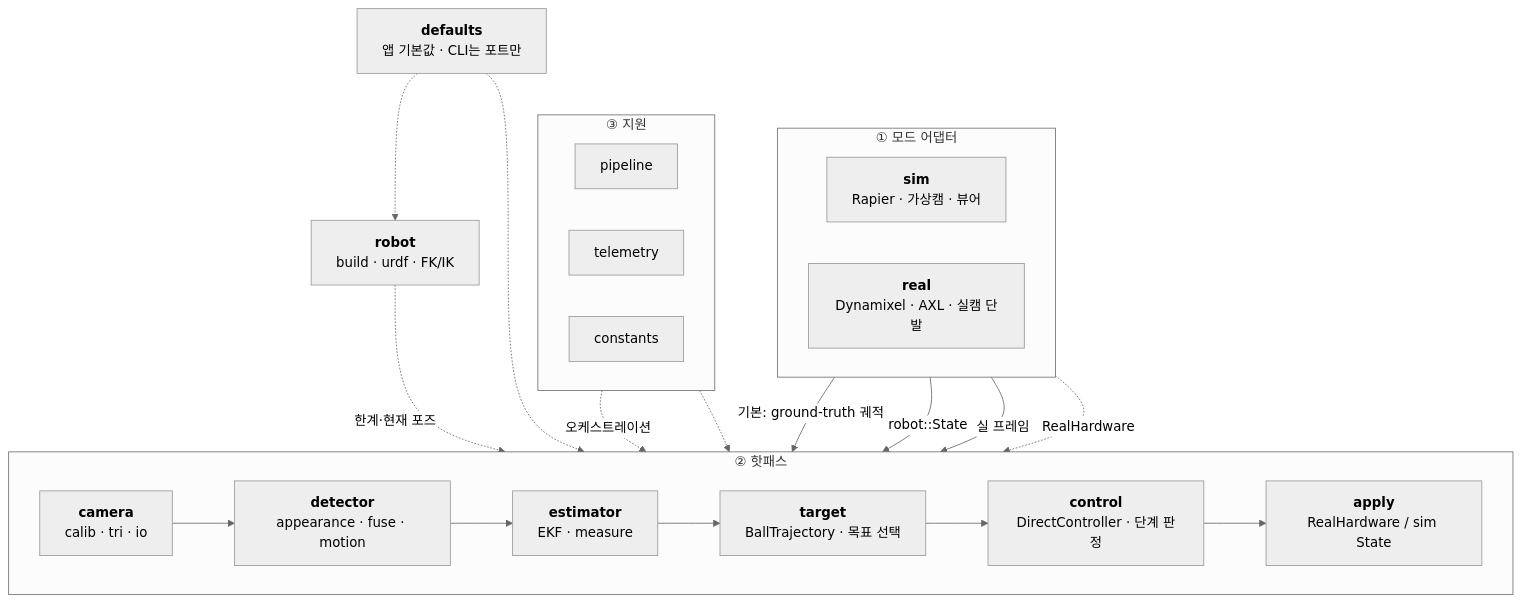
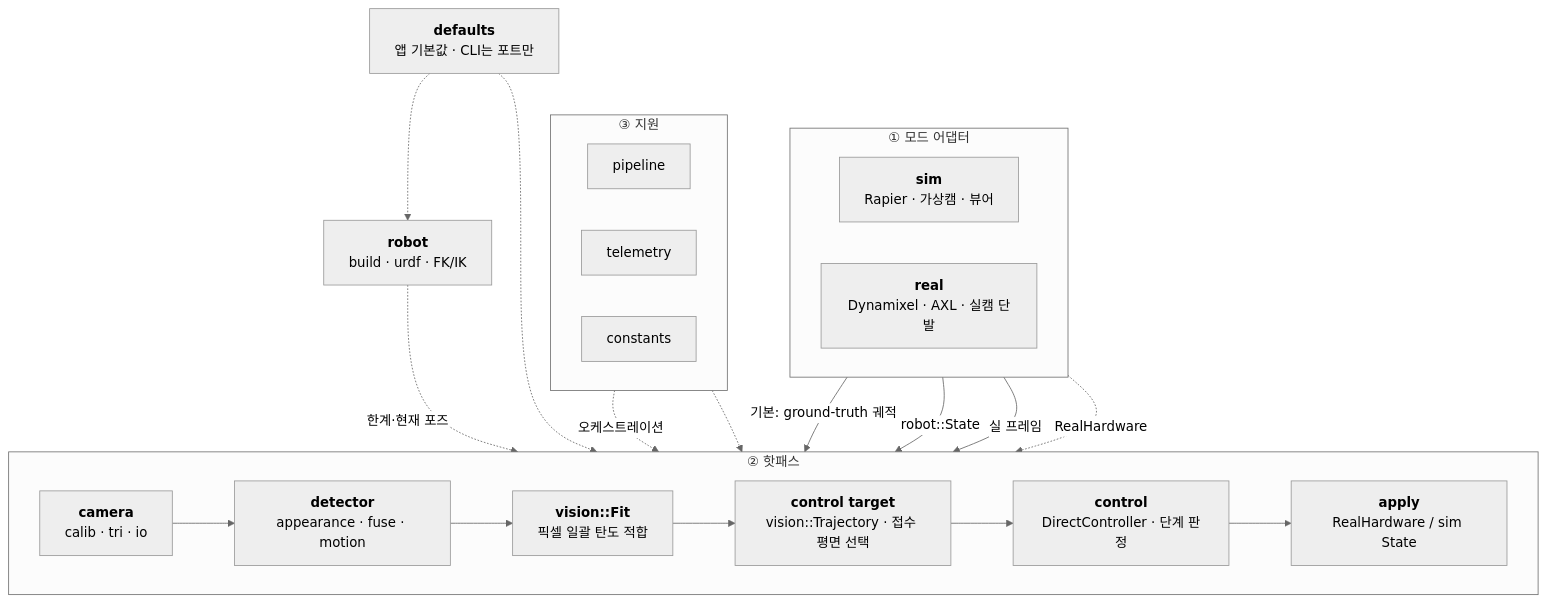
The first of 4 diagrams in README.md (luv-all/pingpong-bot), drawn with Mermaid (neutral theme) before and after one commit. The commit also changed other lines of this file and 16 other files, not shown here.

First line of the commit message:
refactor: transition to new vision worker for pixel fitting and trajectory handling

````diff
--- a/README.md
+++ b/README.md
@@ -348,41 +349,41 @@
 ```mermaid
 flowchart TB
   defaults["<b>defaults</b><br/>앱 기본값 · CLI는 포트만"]
 
   subgraph adapters ["① 모드 어댑터"]
     direction LR
     sim["<b>sim</b><br/>Rapier · 가상캠 · 뷰어"]
     real["<b>real</b><br/>Dynamixel · AXL · 실캠 단발"]
   end
 
   subgraph hot ["② 핫패스"]
     direction LR
     camera["<b>camera</b><br/>calib · tri · io"]
     detector["<b>detector</b><br/>appearance · fuse · motion"]
-    estimator["<b>estimator</b><br/>EKF · measure"]
-    target["<b>target</b><br/>BallTrajectory · 목표 선택"]
+    estimator["<b>vision::Fit</b><br/>픽셀 일괄 탄도 적합"]
+    target["<b>control target</b><br/>vision::Trajectory · 접수 평면 선택"]
     control["<b>control</b><br/>DirectController · 단계 판정"]
     hardware["<b>apply</b><br/>RealHardware / sim State"]
     camera --> detector --> estimator --> target --> control --> hardware
   end
 
   robot["<b>robot</b><br/>build · urdf · FK/IK"]
   defaults -.-> hot
   defaults -.-> robot
   robot -.->|한계·현재 포즈| control
 
   sim -->|기본: ground-truth 궤적| target
   sim -->|robot::State| hardware
   real -->|실 프레임| camera
   real -.->|RealHardware| hardware
 
   subgraph support ["③ 지원"]
     direction LR
     pipeline["pipeline"]
     telemetry["telemetry"]
     constants["constants"]
   end
 
   pipeline -.->|오케스트레이션| hot
   constants -.-> hot
 ```
````
